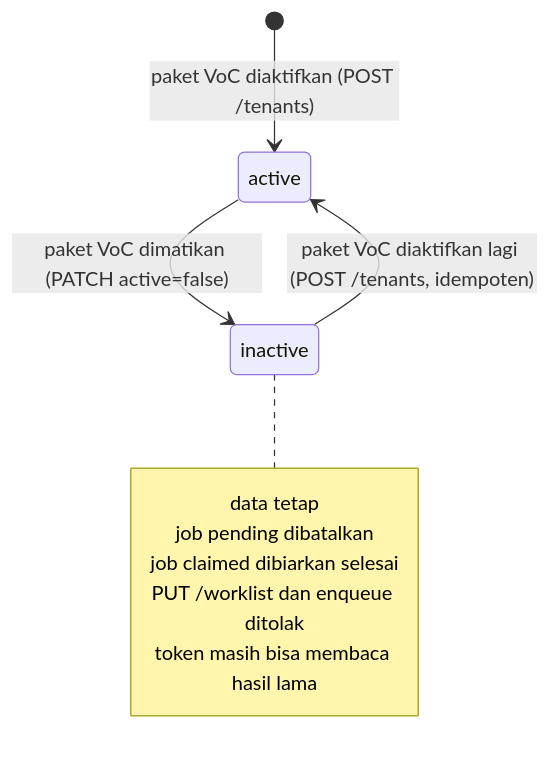
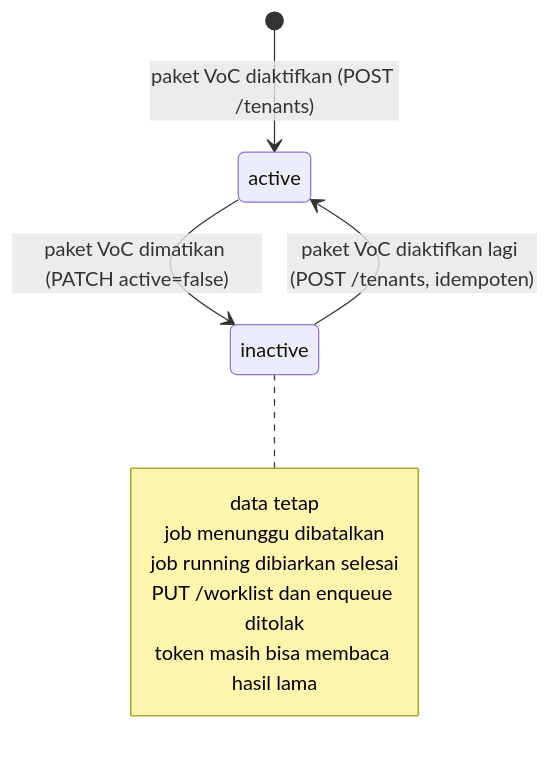
Before and after one commit to sayyidtrq/vocCrawlerService: the third of 3 diagrams in markdowns/multitenant-readiness/02-DESIGN.md, drawn with Mermaid. The commit also changed other lines of this file and 4 other files, not shown here.

````diff
--- a/markdowns/multitenant-readiness/02-DESIGN.md
+++ b/markdowns/multitenant-readiness/02-DESIGN.md
@@ -203,13 +203,13 @@
 ```mermaid
 stateDiagram-v2
     [*] --> active: paket VoC diaktifkan (POST /tenants)
     active --> inactive: paket VoC dimatikan (PATCH active=false)
     inactive --> active: paket VoC diaktifkan lagi (POST /tenants, idempoten)
     note right of inactive
         data tetap
-        job pending dibatalkan
-        job claimed dibiarkan selesai
+        job menunggu dibatalkan
+        job running dibiarkan selesai
         PUT /worklist dan enqueue ditolak
         token masih bisa membaca hasil lama
     end note
 ```
````
